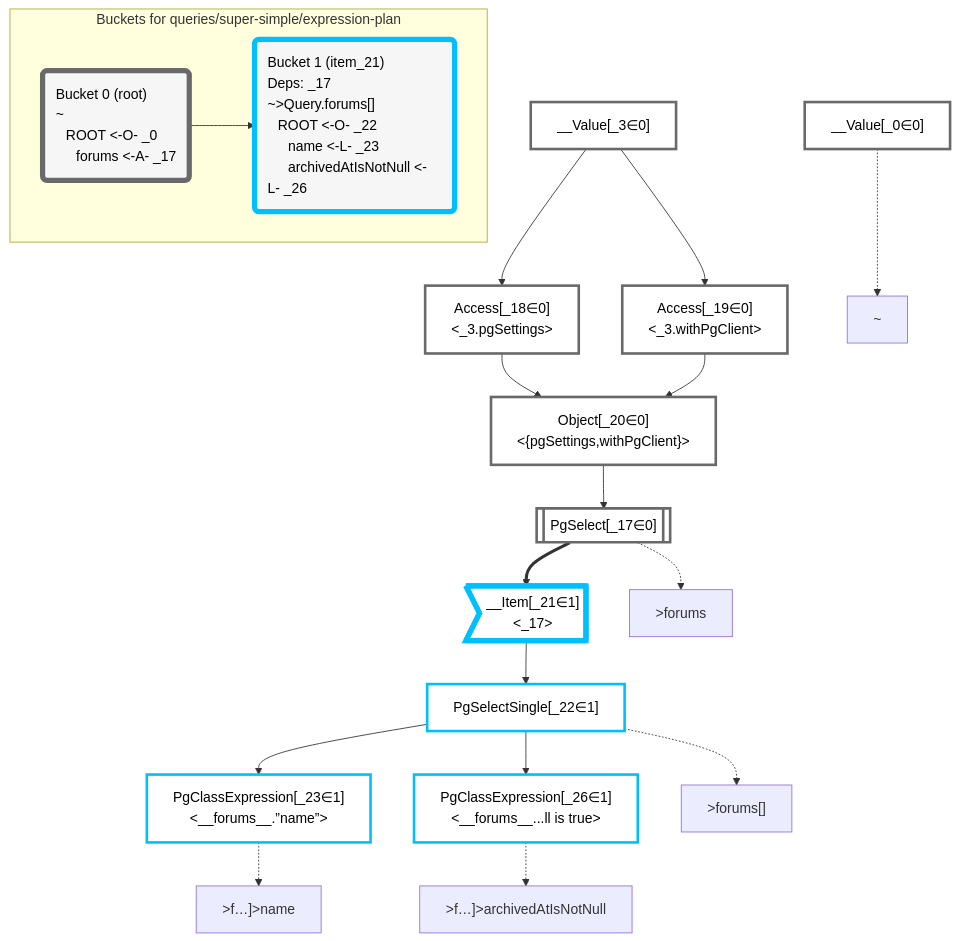
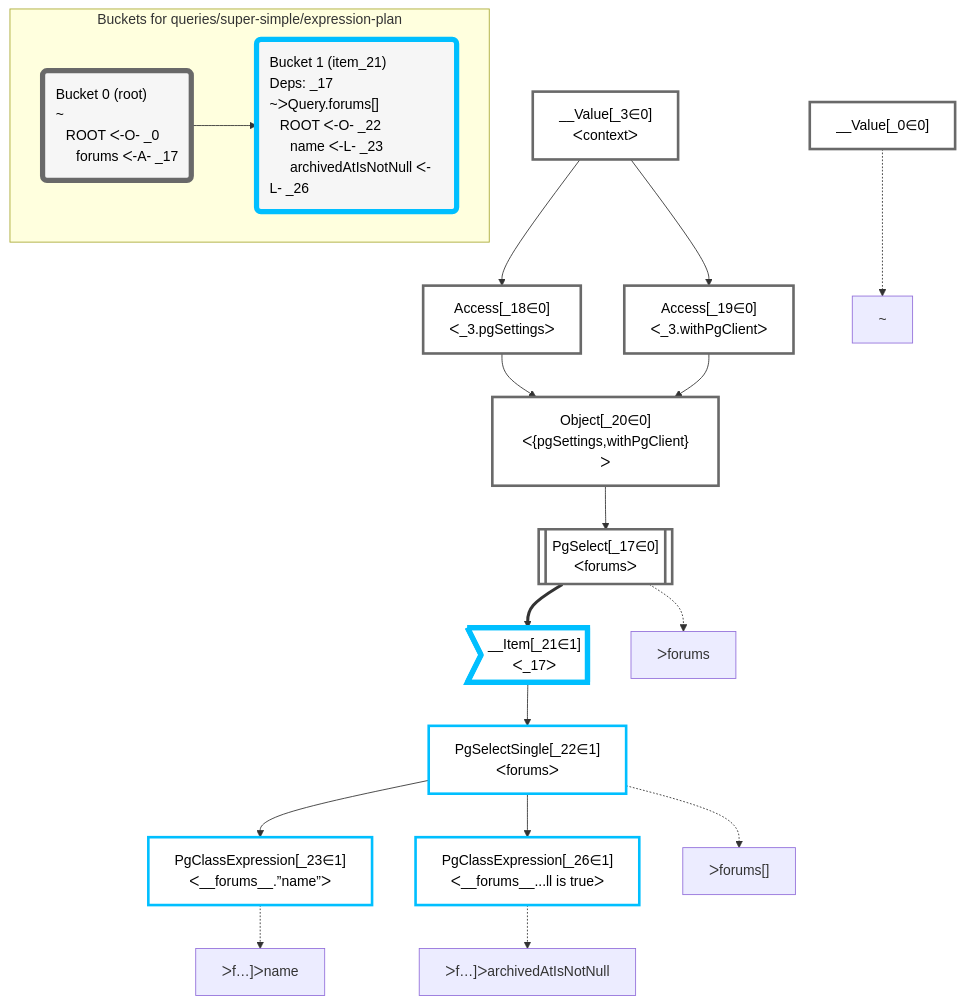
One commit to graphile/crystal changed the diagram in packages/dataplan-pg/__tests__/queries/super-simple/expression-plan.mermaid.md. Above: the diagram before and after it, drawn with Mermaid. The commit also changed 195 other files, not shown here.

````diff
--- a/packages/dataplan-pg/__tests__/queries/super-simple/expression-plan.mermaid.md
+++ b/packages/dataplan-pg/__tests__/queries/super-simple/expression-plan.mermaid.md
@@ -1,58 +1,58 @@
 ```mermaid
 graph TD
     classDef path fill:#eee,stroke:#000,color:#000
     classDef plan fill:#fff,stroke-width:3px,color:#000
     classDef itemplan fill:#fff,stroke-width:6px,color:#000
     classDef sideeffectplan fill:#f00,stroke-width:6px,color:#000
     classDef bucket fill:#f6f6f6,color:#000,stroke-width:6px,text-align:left
 
 
     %% define plans
     __Value_0["__Value[_0∈0]"]:::plan
-    __Value_3["__Value[_3∈0]<br /><context>"]:::plan
-    PgSelect_17[["PgSelect[_17∈0]<br /><forums>"]]:::plan
-    Access_18["Access[_18∈0]<br /><_3.pgSettings>"]:::plan
-    Access_19["Access[_19∈0]<br /><_3.withPgClient>"]:::plan
-    Object_20["Object[_20∈0]<br /><{pgSettings,withPgClient}>"]:::plan
-    __Item_21>"__Item[_21∈1]<br /><_17>"]:::itemplan
-    PgSelectSingle_22["PgSelectSingle[_22∈1]<br /><forums>"]:::plan
-    PgClassExpression_23["PgClassExpression[_23∈1]<br /><__forums__.”name”>"]:::plan
-    PgClassExpression_26["PgClassExpression[_26∈1]<br /><__forums__...ll is true>"]:::plan
+    __Value_3["__Value[_3∈0]<br />ᐸcontextᐳ"]:::plan
+    PgSelect_17[["PgSelect[_17∈0]<br />ᐸforumsᐳ"]]:::plan
+    Access_18["Access[_18∈0]<br />ᐸ_3.pgSettingsᐳ"]:::plan
+    Access_19["Access[_19∈0]<br />ᐸ_3.withPgClientᐳ"]:::plan
+    Object_20["Object[_20∈0]<br />ᐸ{pgSettings,withPgClient}ᐳ"]:::plan
+    __Item_21>"__Item[_21∈1]<br />ᐸ_17ᐳ"]:::itemplan
+    PgSelectSingle_22["PgSelectSingle[_22∈1]<br />ᐸforumsᐳ"]:::plan
+    PgClassExpression_23["PgClassExpression[_23∈1]<br />ᐸ__forums__.”name”ᐳ"]:::plan
+    PgClassExpression_26["PgClassExpression[_26∈1]<br />ᐸ__forums__...ll is trueᐳ"]:::plan
 
     %% plan dependencies
     Object_20 --> PgSelect_17
     __Value_3 --> Access_18
     __Value_3 --> Access_19
     Access_18 --> Object_20
     Access_19 --> Object_20
     PgSelect_17 ==> __Item_21
     __Item_21 --> PgSelectSingle_22
     PgSelectSingle_22 --> PgClassExpression_23
     PgSelectSingle_22 --> PgClassExpression_26
 
     %% plan-to-path relationships
     P_0["~"]
     __Value_0 -.-> P_0
-    P_17[">forums"]
+    P_17["ᐳforums"]
     PgSelect_17 -.-> P_17
-    P_22[">forums[]"]
+    P_22["ᐳforums[]"]
     PgSelectSingle_22 -.-> P_22
-    P_23[">f…]>name"]
+    P_23["ᐳf…]ᐳname"]
     PgClassExpression_23 -.-> P_23
-    P_26[">f…]>archivedAtIsNotNull"]
+    P_26["ᐳf…]ᐳarchivedAtIsNotNull"]
     PgClassExpression_26 -.-> P_26
 
     %% allocate buckets
     classDef bucket0 stroke:#696969
     class __Value_0,__Value_3,PgSelect_17,Access_18,Access_19,Object_20 bucket0
     classDef bucket1 stroke:#00bfff
     class __Item_21,PgSelectSingle_22,PgClassExpression_23,PgClassExpression_26 bucket1
 
     subgraph "Buckets for queries/super-simple/expression-plan"
-    Bucket0("Bucket 0 (root)<br />~<br />⠀ROOT <-O- _0<br />⠀⠀forums <-A- _17"):::bucket
+    Bucket0("Bucket 0 (root)<br />~<br />⠀ROOT ᐸ-O- _0<br />⠀⠀forums ᐸ-A- _17"):::bucket
     style Bucket0 stroke:#696969
-    Bucket1("Bucket 1 (item_21)<br />Deps: _17<br />~>Query.forums[]<br />⠀ROOT <-O- _22<br />⠀⠀name <-L- _23<br />⠀⠀archivedAtIsNotNull <-L- _26"):::bucket
+    Bucket1("Bucket 1 (item_21)<br />Deps: _17<br />~ᐳQuery.forums[]<br />⠀ROOT ᐸ-O- _22<br />⠀⠀name ᐸ-L- _23<br />⠀⠀archivedAtIsNotNull ᐸ-L- _26"):::bucket
     style Bucket1 stroke:#00bfff
     Bucket0 --> Bucket1
     end
 ```
````
